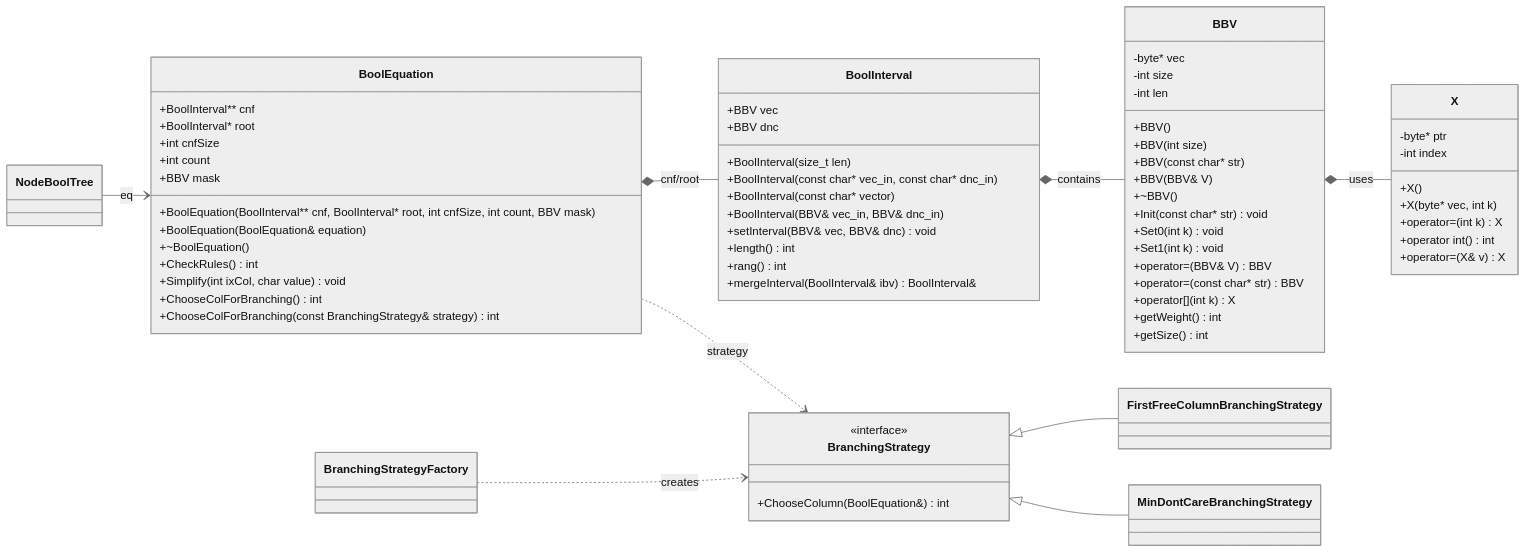
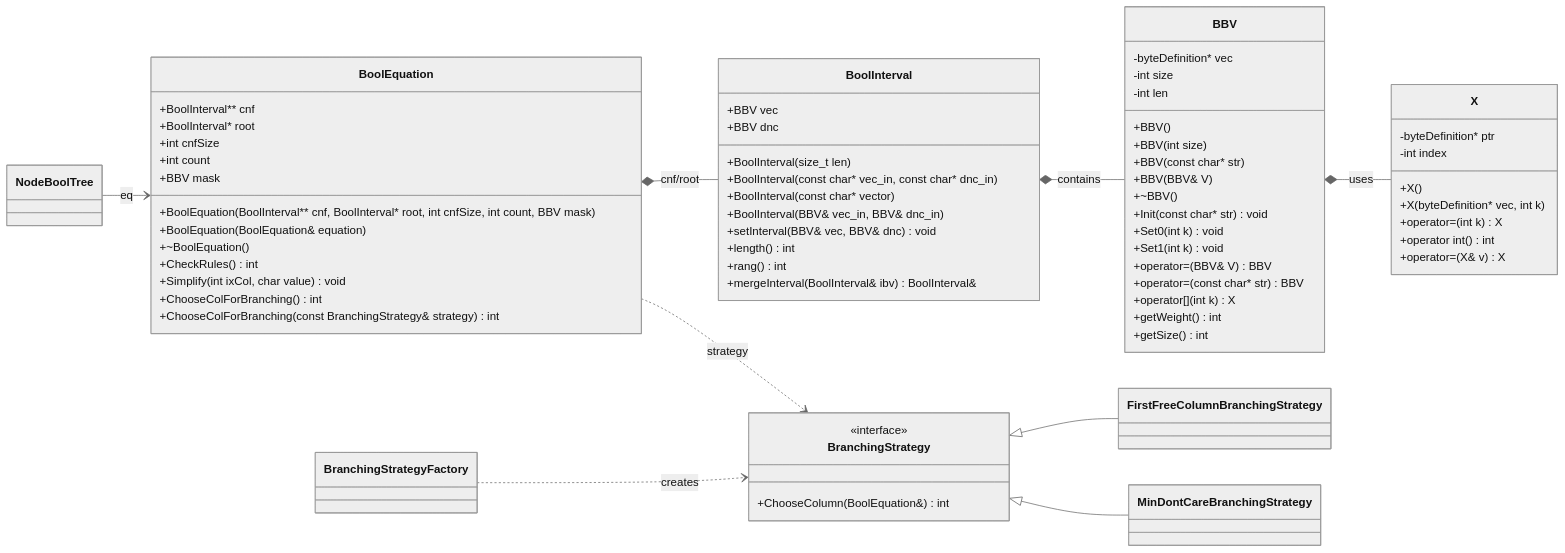
The diagram in README.md (artoshechka/development_of_information_security_tools_lab_2), drawn with Mermaid (neutral theme) before and after one commit. The commit also changed 2 other files, not shown here.

Commit message:
rename definition for removing overhead with types

````diff
--- a/README.md
+++ b/README.md
@@ -18,75 +18,75 @@
 ```mermaid
 classDiagram
 direction LR
 
 class X {
-	-byte* ptr
+	-byteDefinition* ptr
 	-int index
 	+X()
-	+X(byte* vec, int k)
+	+X(byteDefinition* vec, int k)
 	+operator=(int k) X
 	+operator int() int
 	+operator=(X& v) X
 }
 class BBV {
-	-byte* vec
+	-byteDefinition* vec
 	-int size
 	-int len
 	+BBV()
 	+BBV(int size)
 	+BBV(const char* str)
 	+BBV(BBV& V)
 	+~BBV()
 	+Init(const char* str) void
 	+Set0(int k) void
 	+Set1(int k) void
 	+operator=(BBV& V) BBV
 	+operator=(const char* str) BBV
 	+operator[](int k) X
 	+getWeight() int
 	+getSize() int
 }
 class BoolInterval {
 	+BBV vec
 	+BBV dnc
 	+BoolInterval(size_t len)
 	+BoolInterval(const char* vec_in, const char* dnc_in)
 	+BoolInterval(const char* vector)
 	+BoolInterval(BBV& vec_in, BBV& dnc_in)
 	+setInterval(BBV& vec, BBV& dnc) void
 	+length() int
 	+rang() int
 	+mergeInterval(BoolInterval& ibv) BoolInterval&
 }
 class BoolEquation {
 	+BoolInterval** cnf
 	+BoolInterval* root
 	+int cnfSize
 	+int count
 	+BBV mask
 	+BoolEquation(BoolInterval** cnf, BoolInterval* root, int cnfSize, int count, BBV mask)
 	+BoolEquation(BoolEquation& equation)
 	+~BoolEquation()
 	+CheckRules() int
 	+Simplify(int ixCol, char value) void
 	+ChooseColForBranching() int
 	+ChooseColForBranching(const BranchingStrategy& strategy) int
 }
 class BranchingStrategy {
 	<<interface>>
 	+ChooseColumn(BoolEquation&) int
 }
 class BranchingStrategyFactory
 class FirstFreeColumnBranchingStrategy
 class MinDontCareBranchingStrategy
 class NodeBoolTree
 
 BBV *-- X : uses
 BoolInterval *-- BBV : contains
 BoolEquation *-- BoolInterval : cnf/root
 BoolEquation ..> BranchingStrategy : strategy
 BranchingStrategy <|-- FirstFreeColumnBranchingStrategy
 BranchingStrategy <|-- MinDontCareBranchingStrategy
 BranchingStrategyFactory ..> BranchingStrategy : creates
 NodeBoolTree --> BoolEquation : eq
 ```
````
